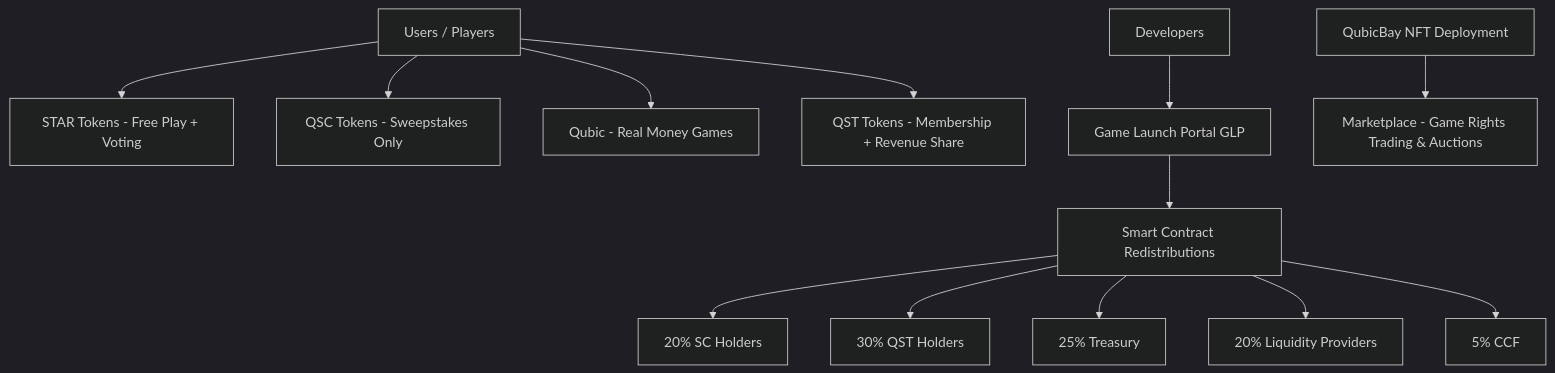
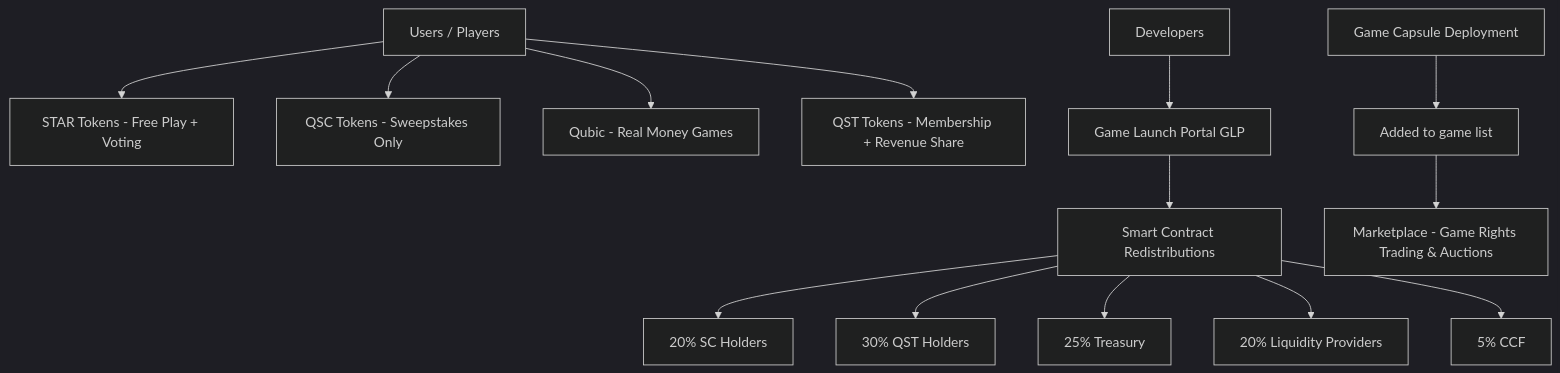
One commit to nineisten/qusino changed the first of 4 diagrams in README.md. Above: the diagram before and after it, drawn with Mermaid (dark theme). The commit also changed other lines of this file, not shown here.

````diff
--- a/README.md
+++ b/README.md
@@ -7,17 +7,17 @@
 ```mermaid
 flowchart TD
     A[Users / Players] --> B[STAR Tokens - Free Play + Voting]
     A --> C[QSC Tokens - Sweepstakes Only]
     A --> D[Qubic - Real Money Games]
     A --> E[QST Tokens - Membership + Revenue Share]
 
     F[Game Launch Portal GLP] --> G[Smart Contract Redistributions]
     G --> H[20% SC Holders]
     G --> I[30% QST Holders]
     G --> J[25% Treasury]
     G --> K[20% Liquidity Providers]
     G --> L[5% CCF]
 
     M[Developers] --> F
-    N[QubicBay NFT Deployment] --> O[Marketplace - Game Rights Trading & Auctions]
+    N[Game Capsule Deployment] --> O[Added to game list]-->P[Marketplace - Game Rights Trading & Auctions]
 ```
````
